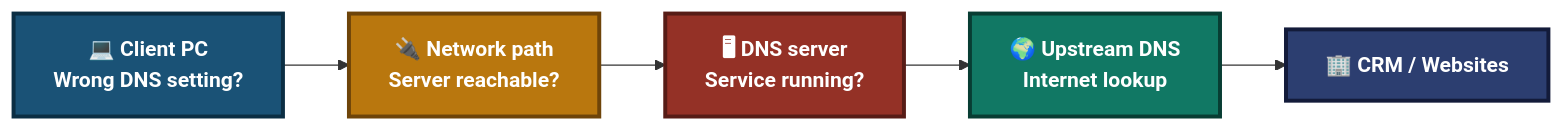
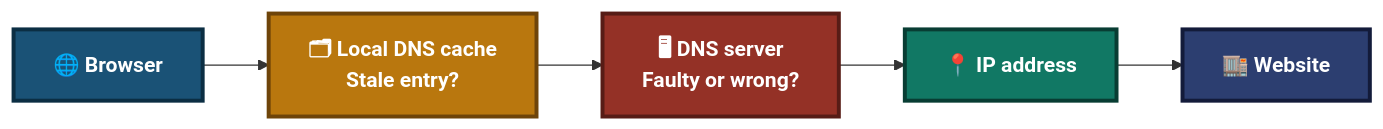
One commit to malaika-azhar/Customer-Tech-Support-Portfolio changed the second of 5 diagrams in 01-video-knowledge-base/01.1-DNS-Resolution-Issue.md. Above: the diagram before and after it, drawn with Mermaid. The commit also changed other lines of this file, not shown here.

````diff
--- a/01-video-knowledge-base/01.1-DNS-Resolution-Issue.md
+++ b/01-video-knowledge-base/01.1-DNS-Resolution-Issue.md
@@ -209,10 +169,10 @@
 ```mermaid
 flowchart LR
-    A["💻 Client PC<br/>Wrong DNS setting?"]:::a --> B["🔌 Network path<br/>Server reachable?"]:::b --> C["🖥 DNS server<br/>Service running?"]:::c --> D["🌍 Upstream DNS<br/>Internet lookup"]:::d --> E["🏢 CRM / Websites"]:::e
+    A["🌐 Browser"]:::a --> B["🗂 Local DNS cache<br/>Stale entry?"]:::b --> C["🖥 DNS server<br/>Faulty or wrong?"]:::c --> D["📍 IP address"]:::d --> E["🏬 Website"]:::e
 
     classDef a fill:#1A5276,stroke:#0B2E43,stroke-width:3px,color:#FFFFFF,font-weight:bold
     classDef b fill:#B9770E,stroke:#6E4409,stroke-width:3px,color:#FFFFFF,font-weight:bold
     classDef c fill:#943126,stroke:#571C16,stroke-width:3px,color:#FFFFFF,font-weight:bold
     classDef d fill:#117864,stroke:#083D33,stroke-width:3px,color:#FFFFFF,font-weight:bold
     classDef e fill:#2C3E70,stroke:#131B3A,stroke-width:3px,color:#FFFFFF,font-weight:bold
 ```
````
